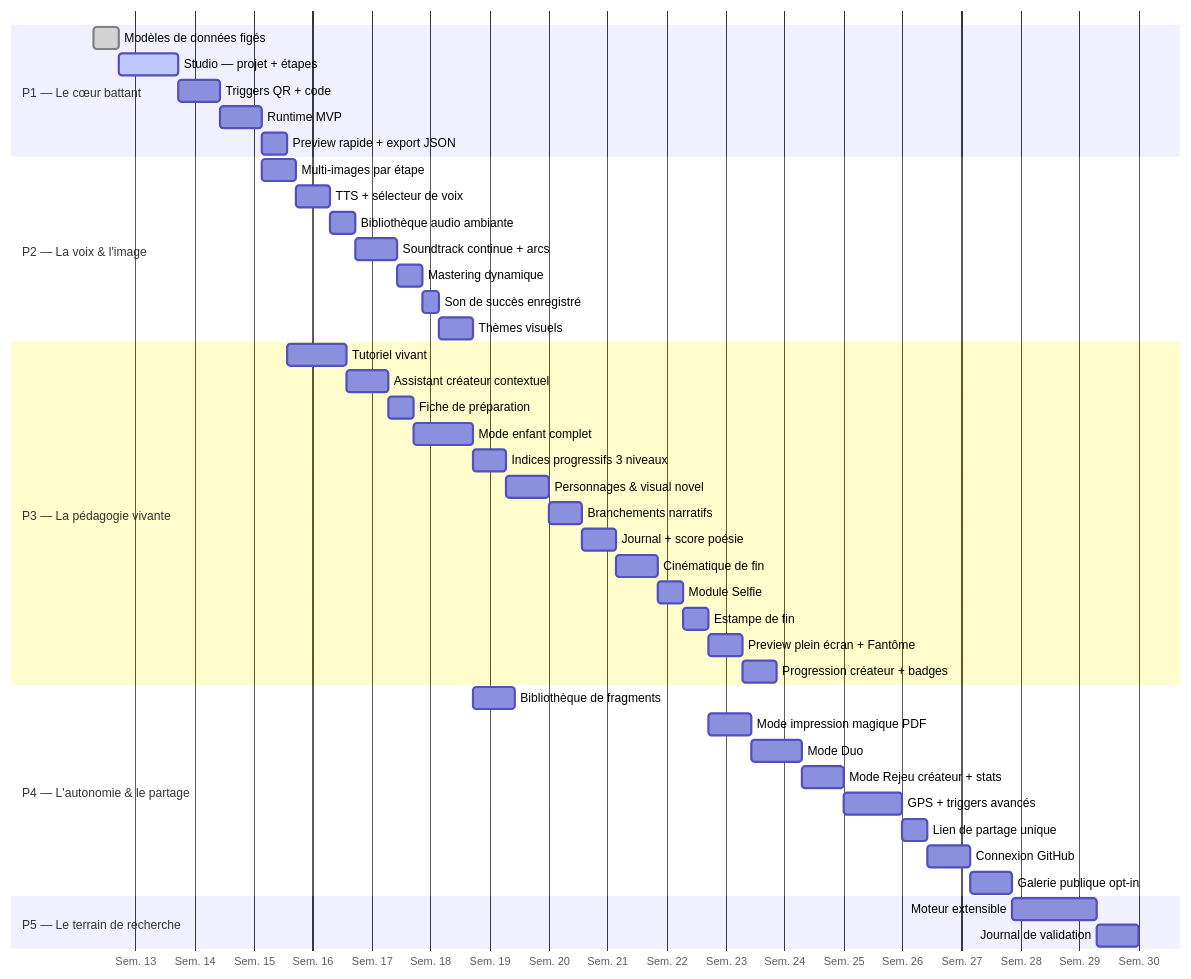
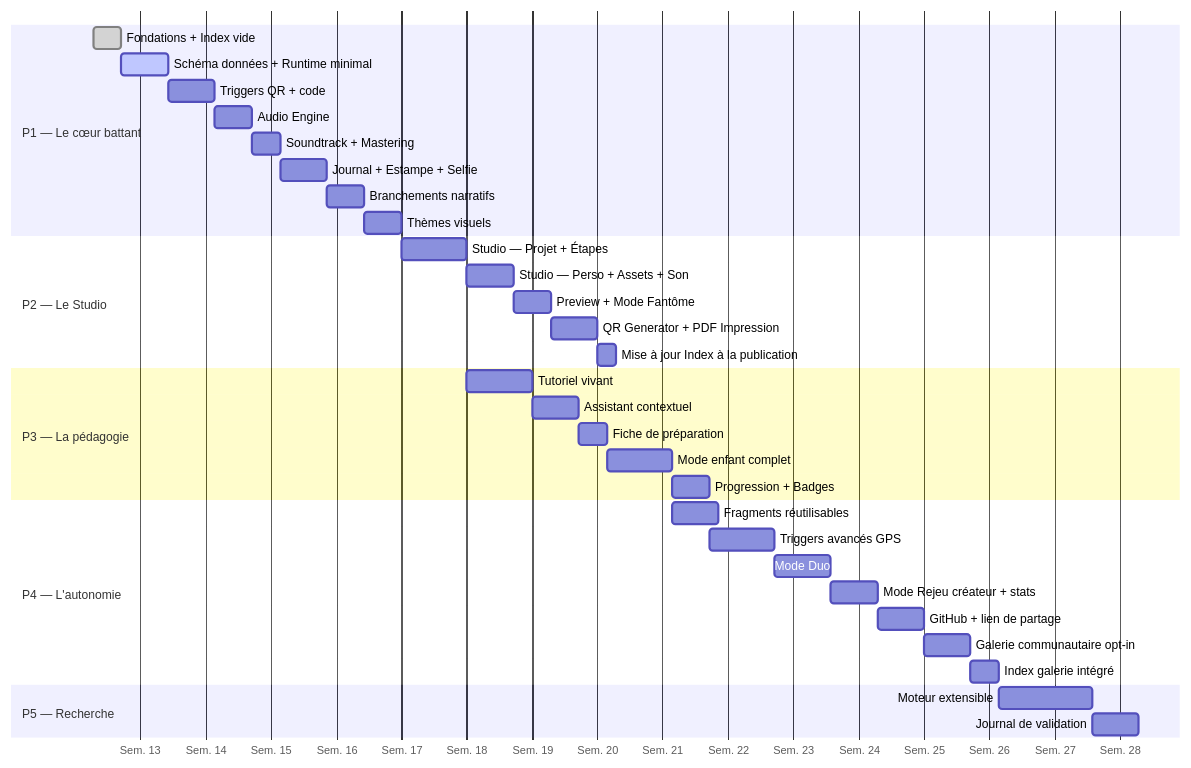
The third of 3 diagrams in README.md (curiositesincongrues/La-Fabrique-A-Souvenirs), drawn with Mermaid before and after one commit. The commit also changed other lines of this file, not shown here.

````diff
--- a/README.md
+++ b/README.md
@@ -859,50 +672,42 @@
 ```mermaid
 gantt
     dateFormat  YYYY-MM-DD
     axisFormat  Sem. %W
 
     section P1 — Le cœur battant
-    Modèles de données figés         :done,    p1a, 2025-04-01, 3d
-    Studio — projet + étapes         :active,  p1b, after p1a, 7d
-    Triggers QR + code               :         p1c, after p1b, 5d
-    Runtime MVP                      :         p1d, after p1c, 5d
-    Preview rapide + export JSON     :         p1e, after p1d, 3d
+    Fondations + Index vide           :done,    p1a, 2025-04-01, 3d
+    Schéma données + Runtime minimal  :active,  p1b, after p1a, 5d
+    Triggers QR + code                :         p1c, after p1b, 5d
+    Audio Engine                      :         p1d, after p1c, 4d
+    Soundtrack + Mastering            :         p1e, after p1d, 3d
+    Journal + Estampe + Selfie        :         p1f, after p1e, 5d
+    Branchements narratifs            :         p1g, after p1f, 4d
+    Thèmes visuels                    :         p1h, after p1g, 4d
 
-    section P2 — La voix & l'image
-    Multi-images par étape           :         p2a, after p1d, 4d
-    TTS + sélecteur de voix          :         p2b, after p2a, 4d
-    Bibliothèque audio ambiante      :         p2c, after p2b, 3d
-    Soundtrack continue + arcs       :         p2d, after p2c, 5d
-    Mastering dynamique              :         p2e, after p2d, 3d
-    Son de succès enregistré         :         p2f, after p2e, 2d
-    Thèmes visuels                   :         p2g, after p2f, 4d
+    section P2 — Le Studio
+    Studio — Projet + Étapes          :         p2a, after p1h, 7d
+    Studio — Perso + Assets + Son     :         p2b, after p2a, 5d
+    Preview + Mode Fantôme            :         p2c, after p2b, 4d
+    QR Generator + PDF Impression     :         p2d, after p2c, 5d
+    Mise à jour Index à la publication:         p2e, after p2d, 2d
 
-    section P3 — La pédagogie vivante
-    Tutoriel vivant                  :         p3a, after p1e, 7d
-    Assistant créateur contextuel    :         p3b, after p3a, 5d
-    Fiche de préparation             :         p3c, after p3b, 3d
-    Mode enfant complet              :         p3d, after p3c, 7d
-    Indices progressifs 3 niveaux    :         p3e, after p3d, 4d
-    Personnages & visual novel       :         p3f, after p3e, 5d
-    Branchements narratifs           :         p3g, after p3f, 4d
-    Journal + score poésie           :         p3h, after p3g, 4d
-    Cinématique de fin               :         p3i, after p3h, 5d
-    Module Selfie                    :         p3j, after p3i, 3d
-    Estampe de fin                   :         p3k, after p3j, 3d
-    Preview plein écran + Fantôme    :         p3l, after p3k, 4d
-    Progression créateur + badges    :         p3m, after p3l, 4d
+    section P3 — La pédagogie
+    Tutoriel vivant                   :         p3a, after p2a, 7d
+    Assistant contextuel              :         p3b, after p3a, 5d
+    Fiche de préparation              :         p3c, after p3b, 3d
+    Mode enfant complet               :         p3d, after p3c, 7d
+    Progression + Badges              :         p3e, after p3d, 4d
 
-    section P4 — L'autonomie & le partage
-    Bibliothèque de fragments        :         p4a, after p3d, 5d
-    Mode impression magique PDF      :         p4b, after p3k, 5d
-    Mode Duo                         :         p4c, after p4b, 6d
-    Mode Rejeu créateur + stats      :         p4d, after p4c, 5d
-    GPS + triggers avancés           :         p4e, after p4d, 7d
-    Lien de partage unique           :         p4f, after p4e, 3d
-    Connexion GitHub                 :         p4g, after p4f, 5d
-    Galerie publique opt-in          :         p4h, after p4g, 5d
+    section P4 — L'autonomie
+    Fragments réutilisables           :         p4a, after p3d, 5d
+    Triggers avancés GPS              :         p4b, after p3e, 7d
+    Mode Duo                          :         p4c, after p4b, 6d
+    Mode Rejeu créateur + stats       :         p4d, after p4c, 5d
+    GitHub + lien de partage          :         p4e, after p4d, 5d
+    Galerie communautaire opt-in      :         p4f, after p4e, 5d
+    Index galerie intégré             :         p4g, after p4f, 3d
 
-    section P5 — Le terrain de recherche
-    Moteur extensible                :         p5a, after p4h, 10d
-    Journal de validation            :         p5b, after p5a, 5d
+    section P5 — Recherche
+    Moteur extensible                 :         p5a, after p4g, 10d
+    Journal de validation             :         p5b, after p5a, 5d
 ```
````
